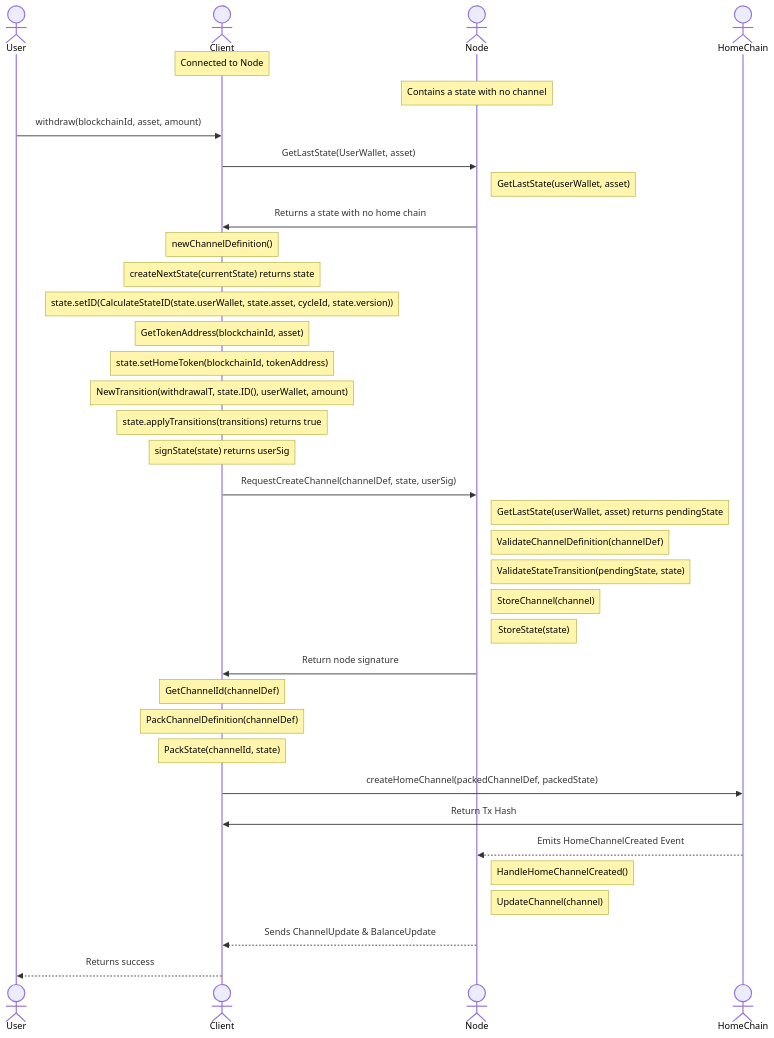
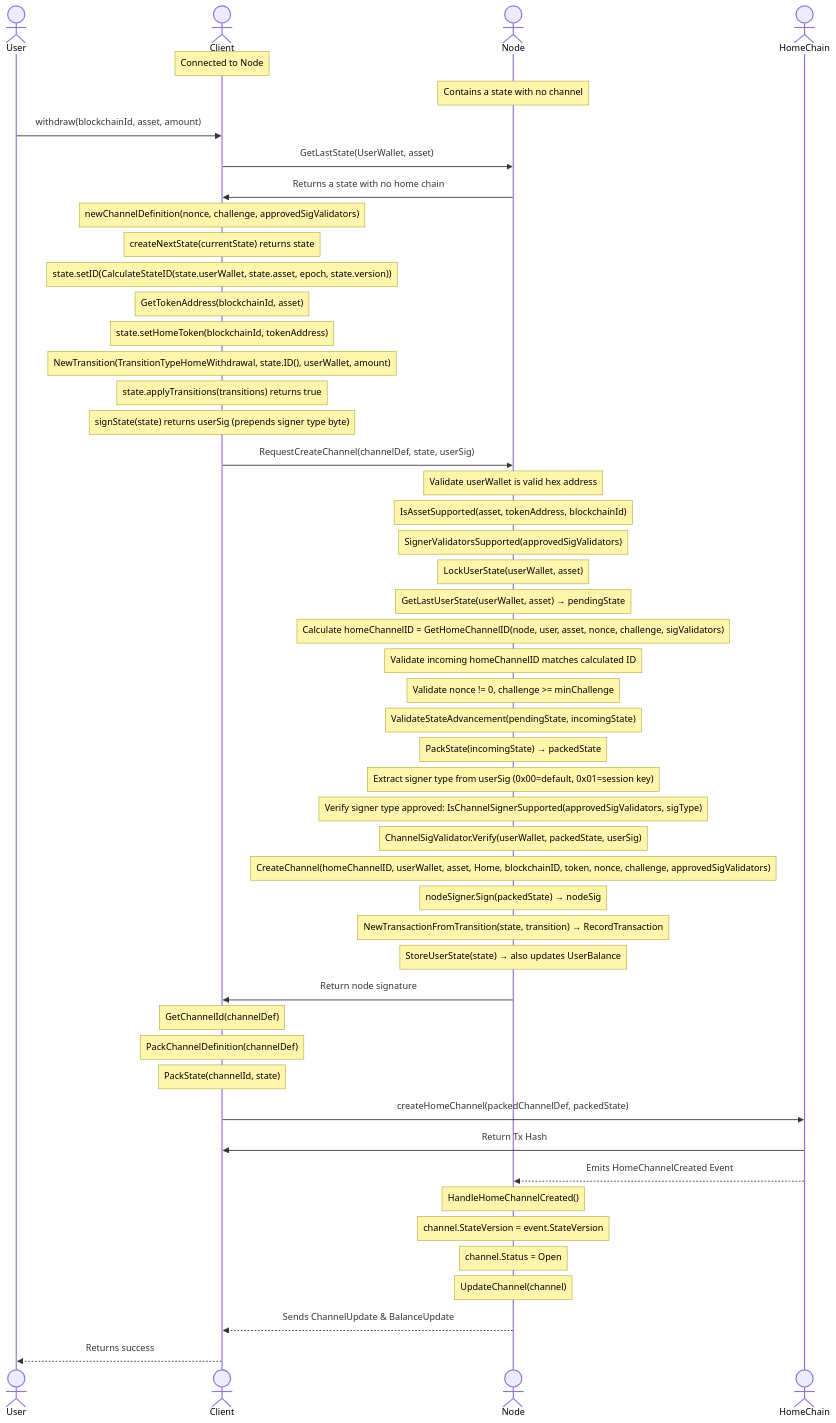
Before and after one commit to erc7824/nitrolite: the diagram in docs/communication_flows/home_chan_withdraw_on_create_from_state.mmd, drawn with Mermaid. The commit also changed other lines of this file and 9 other files, not shown here.

First line of the commit message:
YNU-829: Update Data Models and Communication Flows diagrams (#616)

```diff
--- a/docs/communication_flows/home_chan_withdraw_on_create_from_state.mmd
+++ b/docs/communication_flows/home_chan_withdraw_on_create_from_state.mmd
@@ -1,37 +1,50 @@
 sequenceDiagram
         actor User
         actor Client
         actor Node
         actor HomeChain
         Note over Client: Connected to Node
         Note over Node: Contains a state with no channel
         User->>Client: withdraw(blockchainId, asset, amount)
         Client->>Node: GetLastState(UserWallet, asset)
-        Note right of Node: GetLastState(userWallet, asset)
         Node->>Client: Returns a state with no home chain
-        %% Note over Client: Check current state transitions
-        Note over Client: newChannelDefinition()
+        Note over Client: newChannelDefinition(nonce, challenge, approvedSigValidators)
         Note over Client: createNextState(currentState) returns state
-        Note over Client: state.setID(CalculateStateID(state.userWallet, state.asset, cycleId, state.version))
+        Note over Client: state.setID(CalculateStateID(state.userWallet, state.asset, epoch, state.version))
         Note over Client: GetTokenAddress(blockchainId, asset)
         Note over Client: state.setHomeToken(blockchainId, tokenAddress)
-        Note over Client: NewTransition(withdrawalT, state.ID(), userWallet, amount)
+        Note over Client: NewTransition(TransitionTypeHomeWithdrawal, state.ID(), userWallet, amount)
         Note over Client: state.applyTransitions(transitions) returns true
-        Note over Client: signState(state) returns userSig
+        Note over Client: signState(state) returns userSig (prepends signer type byte)
+
         Client->>Node: RequestCreateChannel(channelDef, state, userSig)
-        Note right of Node: GetLastState(userWallet, asset) returns pendingState
-        Note right of Node: ValidateChannelDefinition(channelDef)
-        Note right of Node: ValidateStateTransition(pendingState, state)
-        Note right of Node: StoreChannel(channel)
-        Note right of Node: StoreState(state)
+        Note over Node: Validate userWallet is valid hex address
+        Note over Node: IsAssetSupported(asset, tokenAddress, blockchainId)
+        Note over Node: SignerValidatorsSupported(approvedSigValidators)
+        Note over Node: LockUserState(userWallet, asset)
+        Note over Node: GetLastUserState(userWallet, asset) → pendingState
+        Note over Node: Calculate homeChannelID = GetHomeChannelID(node, user, asset, nonce, challenge, sigValidators)
+        Note over Node: Validate incoming homeChannelID matches calculated ID
+        Note over Node: Validate nonce != 0, challenge >= minChallenge
+        Note over Node: ValidateStateAdvancement(pendingState, incomingState)
+        Note over Node: PackState(incomingState) → packedState
+        Note over Node: Extract signer type from userSig (0x00=default, 0x01=session key)
+        Note over Node: Verify signer type approved: IsChannelSignerSupported(approvedSigValidators, sigType)
+        Note over Node: ChannelSigValidator.Verify(userWallet, packedState, userSig)
+        Note over Node: CreateChannel(homeChannelID, userWallet, asset, Home, blockchainID, token, nonce, challenge, approvedSigValidators)
+        Note over Node: nodeSigner.Sign(packedState) → nodeSig
+        Note over Node: NewTransactionFromTransition(state, transition) → RecordTransaction
+        Note over Node: StoreUserState(state) → also updates UserBalance
         Node->>Client: Return node signature
         Note over Client: GetChannelId(channelDef)
         Note over Client: PackChannelDefinition(channelDef)
         Note over Client: PackState(channelId, state)
         Client->>HomeChain: createHomeChannel(packedChannelDef, packedState)
         HomeChain->>Client: Return Tx Hash
         HomeChain-->>Node: Emits HomeChannelCreated Event
-        Note right of Node: HandleHomeChannelCreated()
-        Note right of Node: UpdateChannel(channel)
+        Note over Node: HandleHomeChannelCreated()
+        Note over Node: channel.StateVersion = event.StateVersion
+        Note over Node: channel.Status = Open
+        Note over Node: UpdateChannel(channel)
         Node-->>Client: Sends ChannelUpdate & BalanceUpdate
         Client-->>User: Returns success
```
